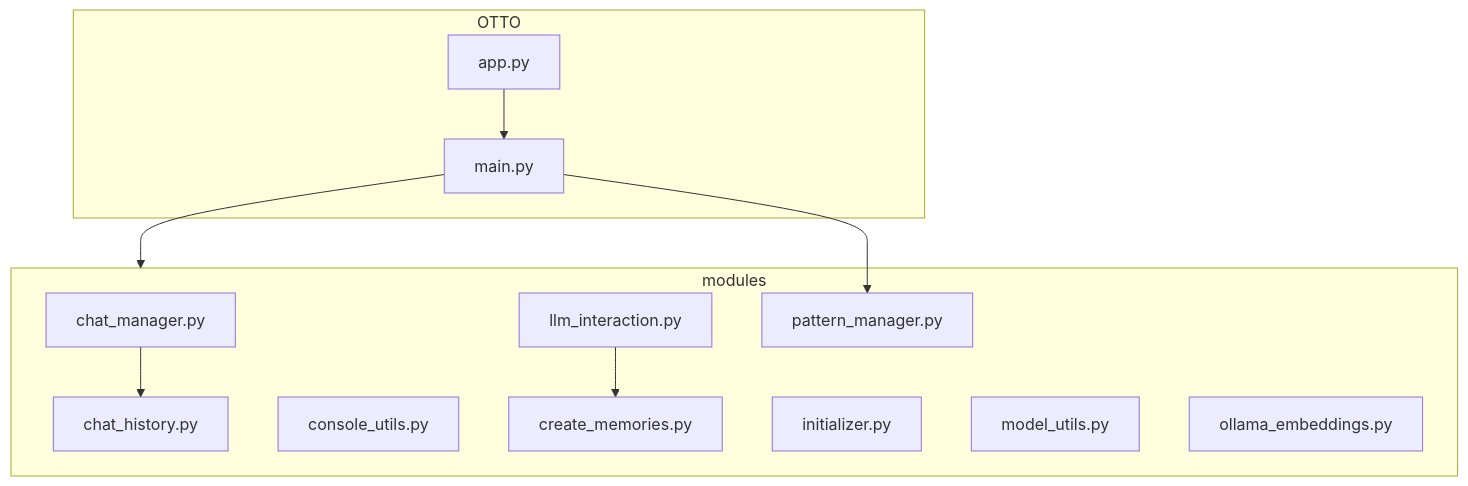
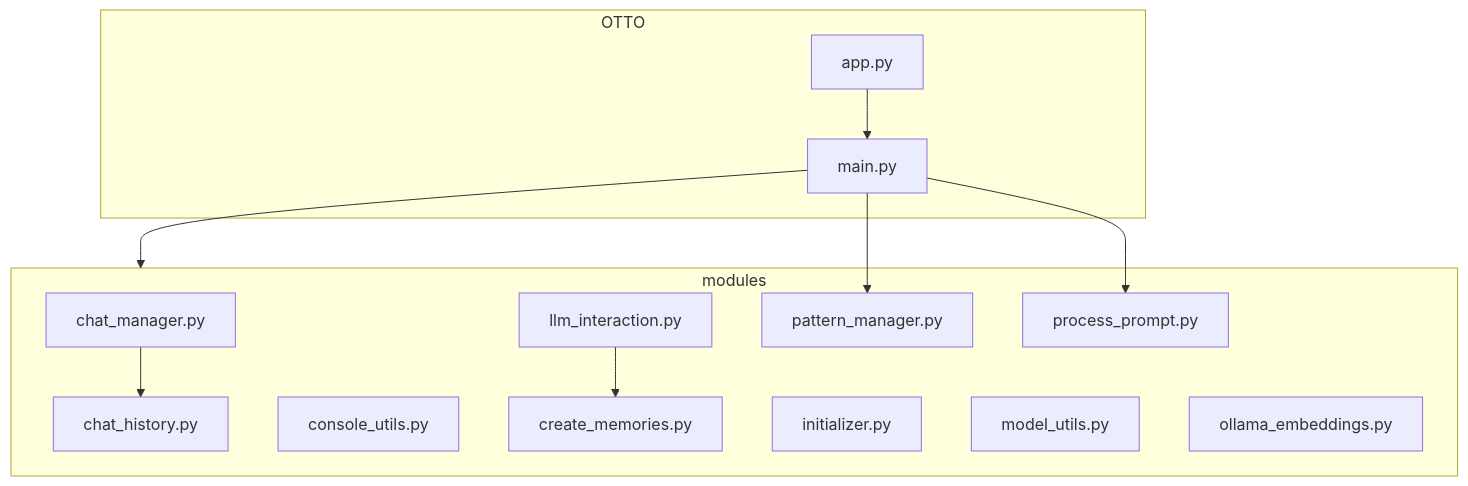
One commit to MikeyBeez/RAGAgent changed the diagram in architectureguide.md. Above: the diagram before and after it, drawn with Mermaid. The commit also changed other lines of this file, not shown here.

Commit message:
added process_prompt.py info

````diff
--- a/architectureguide.md
+++ b/architectureguide.md
@@ -9,24 +9,26 @@
 ```mermaid
 graph TD
     subgraph OTTO
         A[app.py] --> B[main.py]
     end
     
     B --> modules
     
     subgraph modules
         C[chat_manager.py]
         D[chat_history.py]
         E[console_utils.py]
         F[create_memories.py] 
         G[initializer.py] 
         H[llm_interaction.py]
         I[model_utils.py]
         J[ollama_embeddings.py] 
         K[pattern_manager.py]
+        L[process_prompt.py]
         
         H --> F
         C --> D
         B --> K
+        B --> L
     end 
 ```
````
